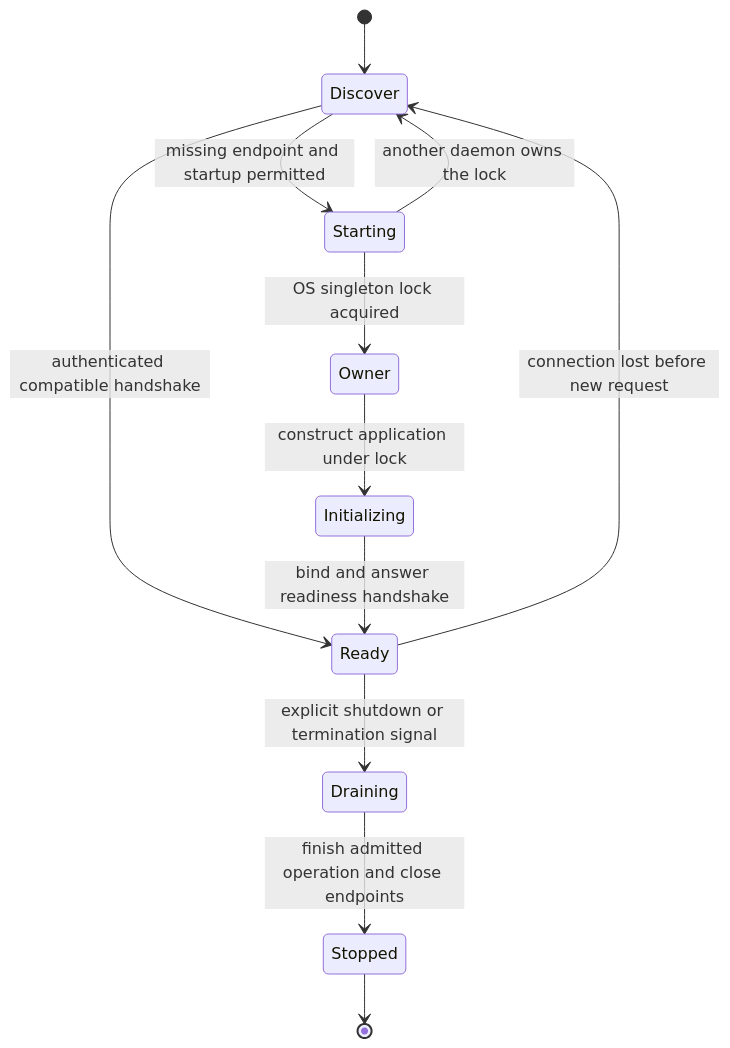
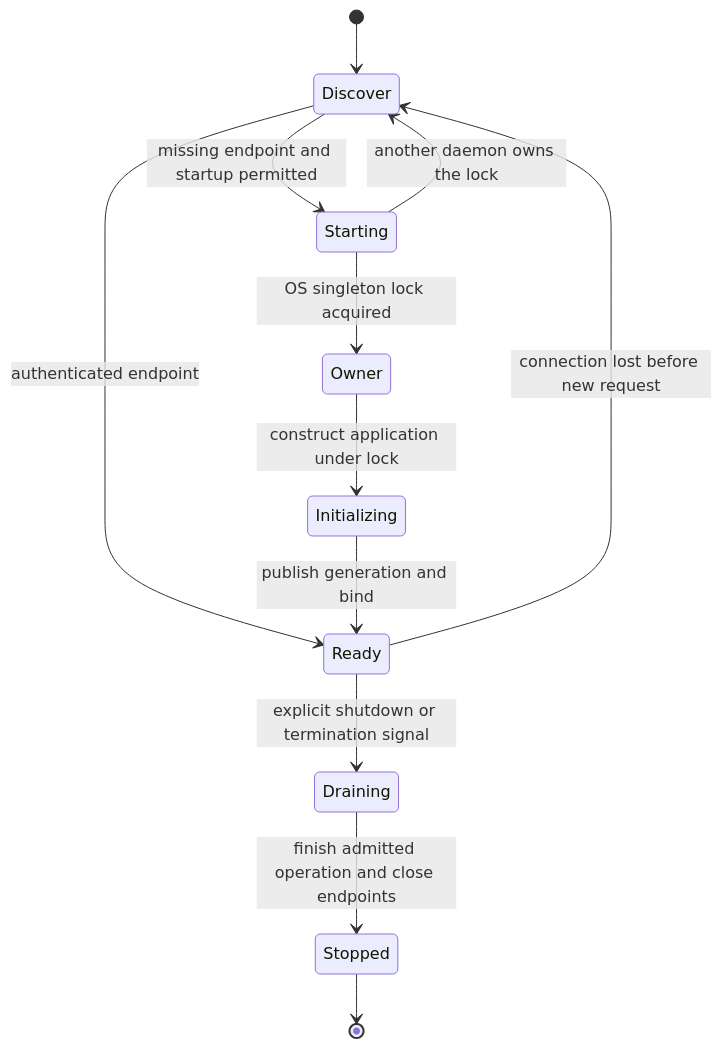
One commit to aigotowork/agentx changed the diagram in .docs/architecture/daemon.md. Above: the diagram before and after it, drawn with Mermaid. The commit also changed other lines of this file and 332 other files, not shown here.

````diff
--- a/.docs/architecture/daemon.md
+++ b/.docs/architecture/daemon.md
@@ -32,14 +32,14 @@
 ```mermaid
 stateDiagram-v2
     [*] --> Discover
-    Discover --> Ready: authenticated compatible handshake
+    Discover --> Ready: authenticated endpoint
     Discover --> Starting: missing endpoint and startup permitted
     Starting --> Owner: OS singleton lock acquired
     Starting --> Discover: another daemon owns the lock
     Owner --> Initializing: construct application under lock
-    Initializing --> Ready: bind and answer readiness handshake
+    Initializing --> Ready: publish generation and bind
     Ready --> Draining: explicit shutdown or termination signal
     Draining --> Stopped: finish admitted operation and close endpoints
     Stopped --> [*]
     Ready --> Discover: connection lost before new request
 ```
````
